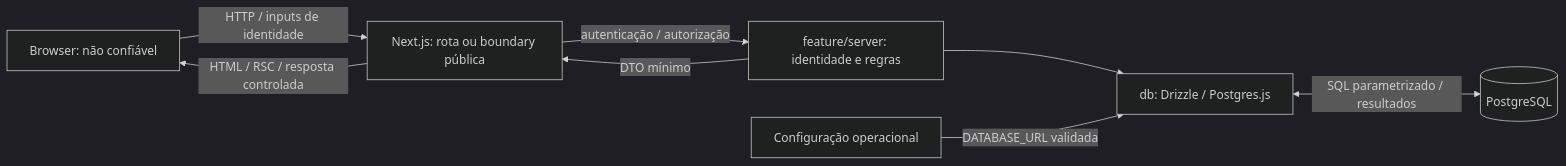
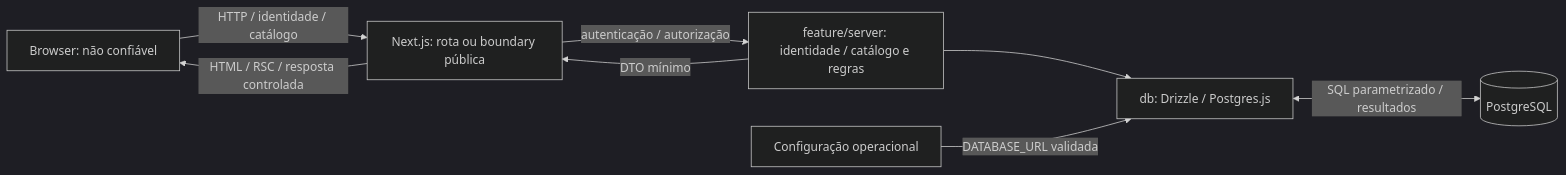
Before and after one commit to joaoapassos/guardian-bay: the diagram in docs/architecture/threat-model.md, drawn with Mermaid (dark theme). The commit also changed other lines of this file and 2 other files, not shown here.

````diff
--- a/docs/architecture/threat-model.md
+++ b/docs/architecture/threat-model.md
@@ -29,10 +30,10 @@
 ```mermaid
 flowchart LR
-    Browser["Browser: não confiável"] -->|"HTTP / inputs de identidade"| Next["Next.js: rota ou boundary pública"]
-    Next -->|"autenticação / autorização"| Feature["feature/server: identidade e regras"]
+    Browser["Browser: não confiável"] -->|"HTTP / identidade / catálogo"| Next["Next.js: rota ou boundary pública"]
+    Next -->|"autenticação / autorização"| Feature["feature/server: identidade / catálogo e regras"]
     Feature --> DB["db: Drizzle / Postgres.js"]
     DB <-->|"SQL parametrizado / resultados"| PG[(PostgreSQL)]
     Feature -->|"DTO mínimo"| Next
     Next -->|"HTML / RSC / resposta controlada"| Browser
     Config["Configuração operacional"] -->|"DATABASE_URL validada"| DB
 ```
````
